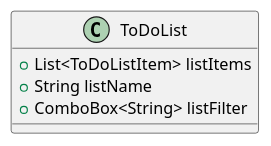
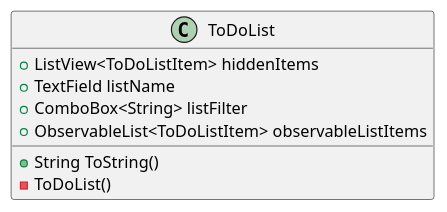
The diagram in uml/ToDoList.puml (rossbrinkman/brinkman-cop3330-assignment4part2), drawn with PlantUML before and after one commit. The commit also changed 13 other files, not shown here.

```diff
--- a/uml/ToDoList.puml
+++ b/uml/ToDoList.puml
@@ -1,11 +1,15 @@
 @startuml
 'https://plantuml.com/class-diagram
 
 class ToDoList
 {
-    +List<ToDoListItem> listItems
-    +String listName
+    +ListView<ToDoListItem> hiddenItems
+    +TextField listName
     +ComboBox<String> listFilter
+    +ObservableList<ToDoListItem> observableListItems
+
+    +String ToString()
+    -ToDoList()
 }
 
 @enduml
```
